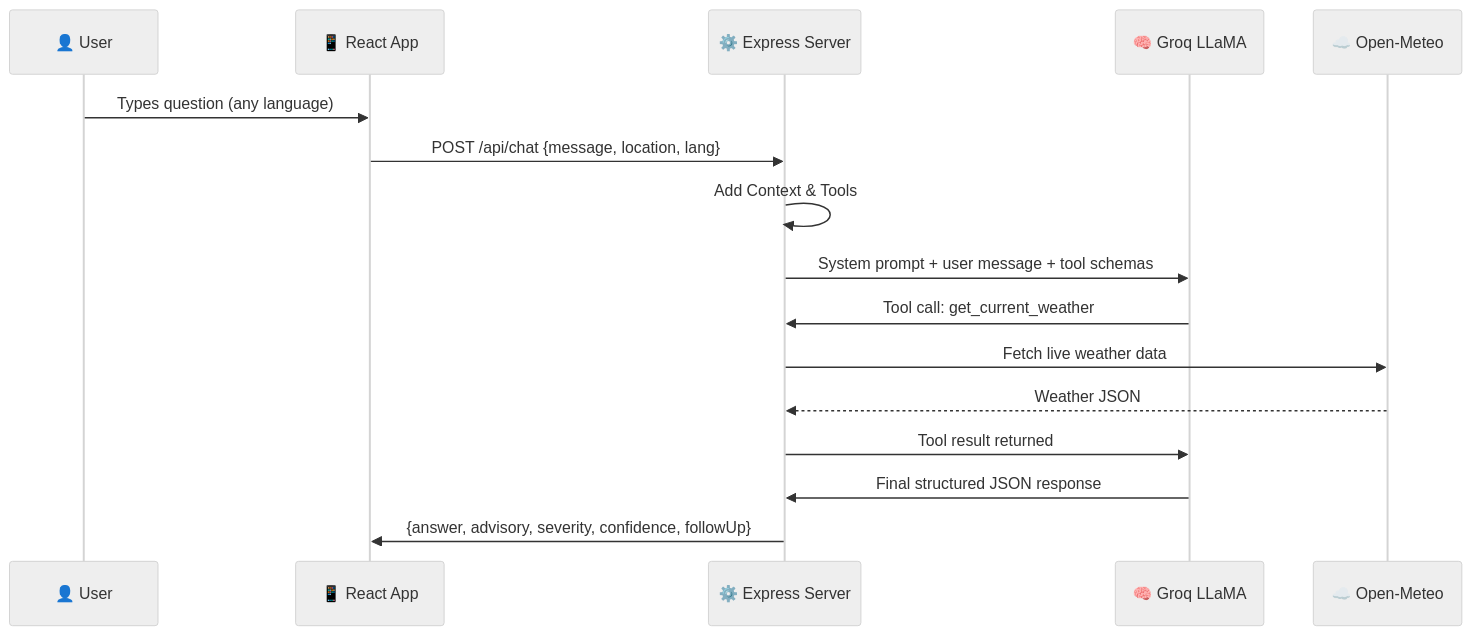
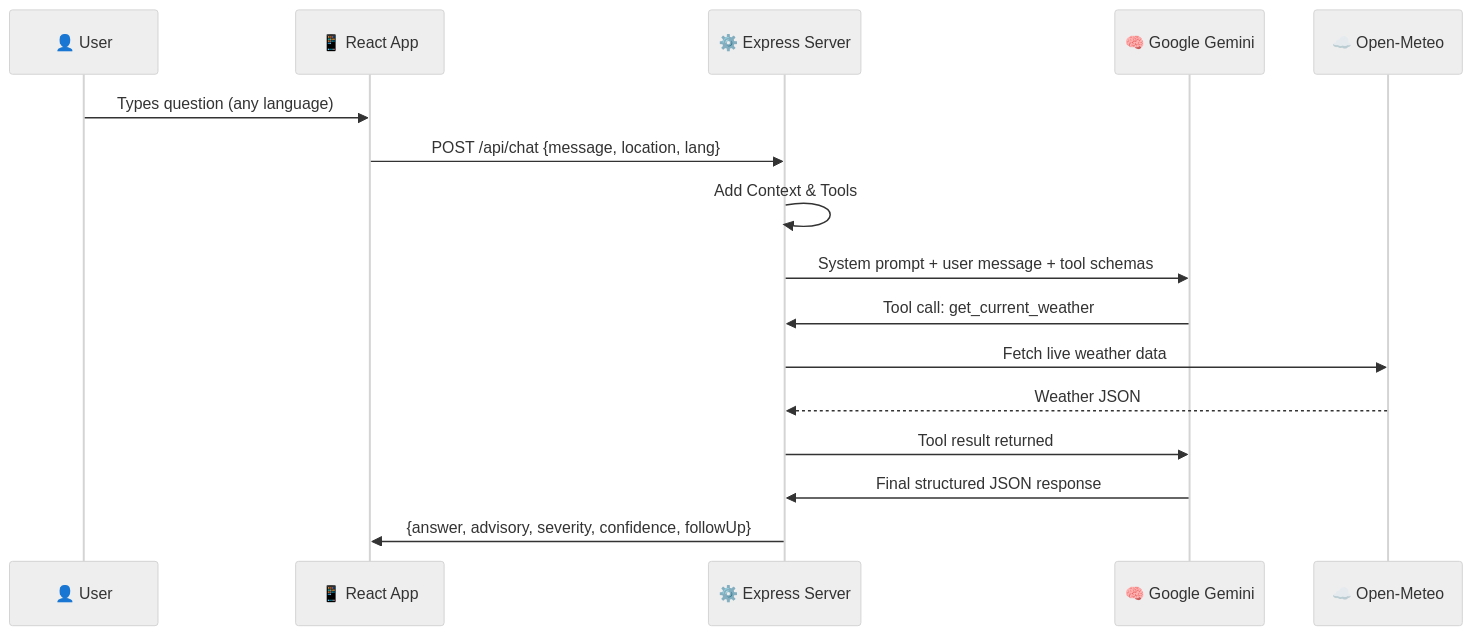
The second of 6 diagrams in README.md (omcodes16/make-to-win), drawn with Mermaid (neutral theme) before and after one commit. The commit also changed other lines of this file and 24 other files, not shown here.

````diff
--- a/README.md
+++ b/README.md
@@ -87,19 +87,19 @@
 ```mermaid
 sequenceDiagram
     participant U as 👤 User
     participant FE as 📱 React App
     participant BE as ⚙️ Express Server
-    participant AI as 🧠 Groq LLaMA
+    participant AI as 🧠 Google Gemini
     participant WX as ☁️ Open-Meteo
 
     U->>FE: Types question (any language)
     FE->>BE: POST /api/chat {message, location, lang}
     BE->>BE: Add Context & Tools
     BE->>AI: System prompt + user message + tool schemas
     AI->>BE: Tool call: get_current_weather
     BE->>WX: Fetch live weather data
     WX-->>BE: Weather JSON
     BE->>AI: Tool result returned
     AI->>BE: Final structured JSON response
     BE->>FE: {answer, advisory, severity, confidence, followUp}
 ```
````
